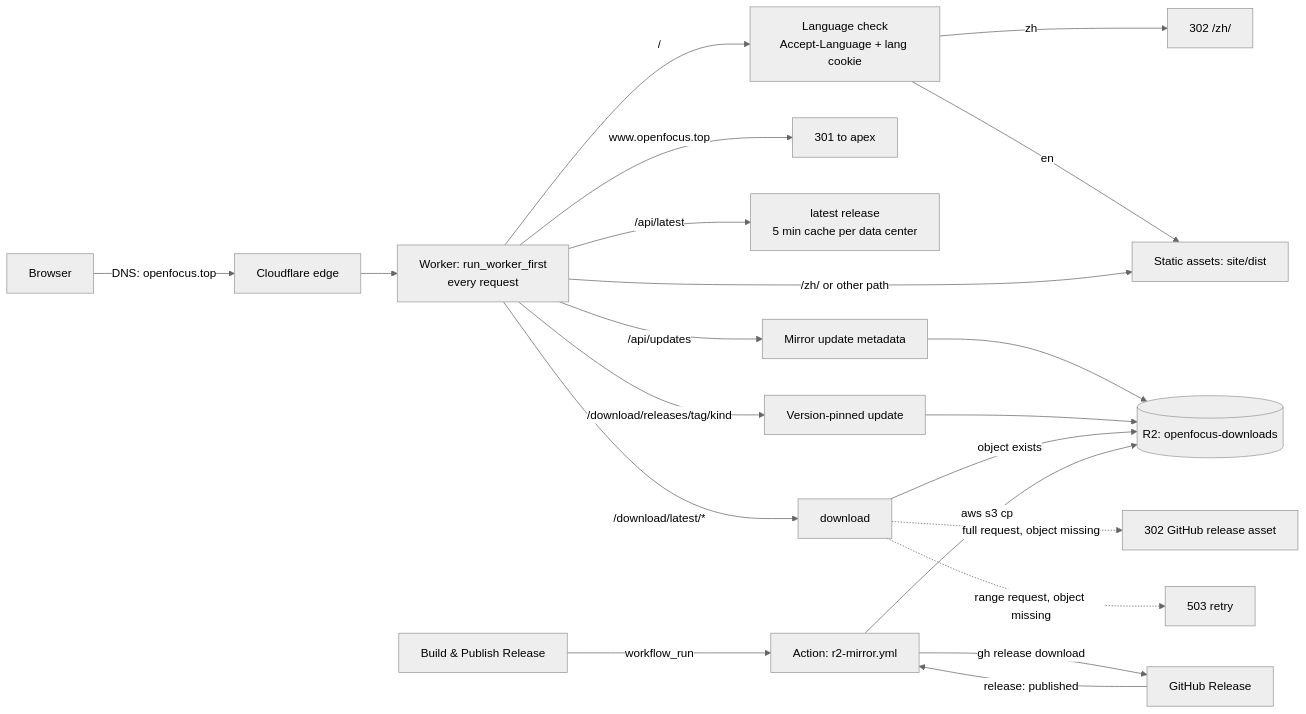
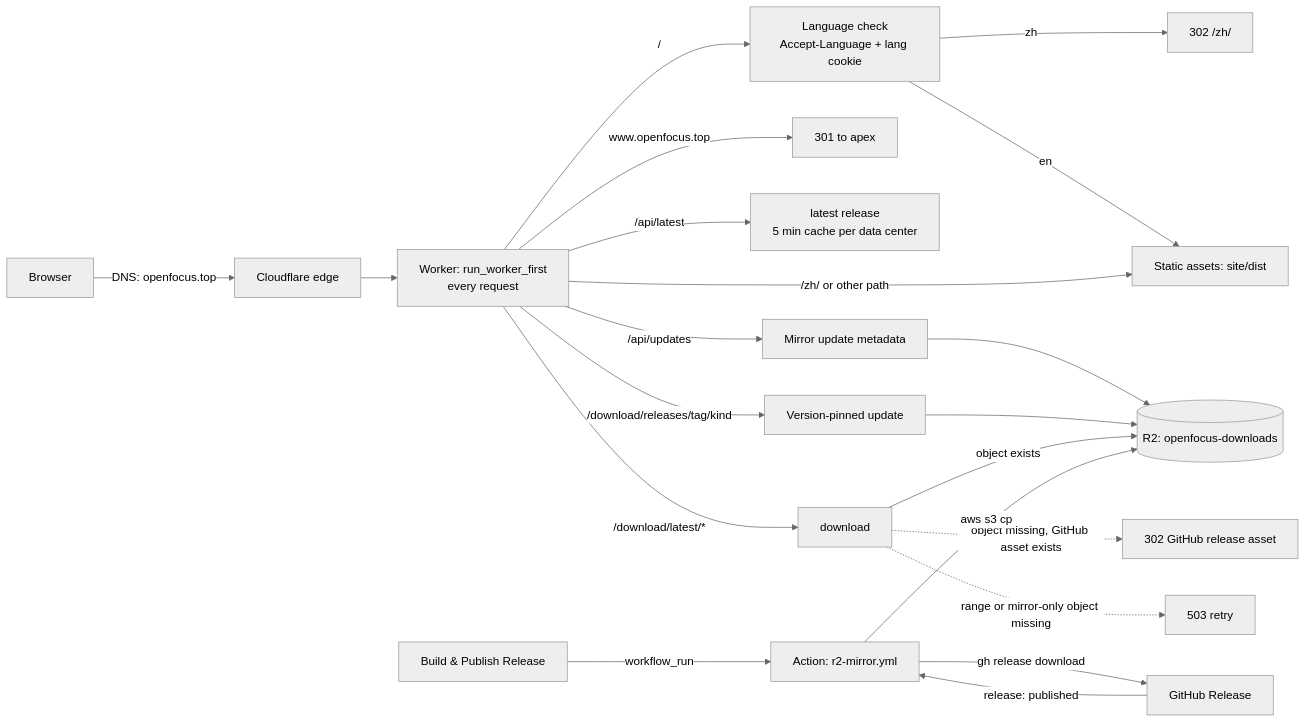
The diagram in docs/WEBSITE_OPERATIONS.md (Xinzhe99/OpenFocus), drawn with Mermaid (neutral theme) before and after one commit. The commit also changed other lines of this file and 116 other files, not shown here.

````diff
--- a/docs/WEBSITE_OPERATIONS.md
+++ b/docs/WEBSITE_OPERATIONS.md
@@ -52,23 +52,23 @@
 ```mermaid
 flowchart LR
   U[Browser] -->|DNS: openfocus.top| CF[Cloudflare edge]
   CF --> W[Worker: run_worker_first<br/>every request]
   W -->|"/"| L[Language check<br/>Accept-Language + lang cookie]
   L -->|zh| Z[302 /zh/]
   L -->|en| A[Static assets: site/dist]
   W -->|"/zh/" or other path| A
   W -->|"www.openfocus.top"| WWW[301 to apex]
   W -->|"/api/latest"| API[latest release<br/>5 min cache per data center]
   W -->|"/download/latest/*"| D[download]
   W -->|"/api/updates"| M[Mirror update metadata]
   M --> R
   W -->|"/download/releases/tag/kind"| V[Version-pinned update]
   V --> R
   D -->|object exists| R[(R2: openfocus-downloads)]
-  D -.->|"full request, object missing"| GH[302 GitHub release asset]
-  D -.->|"range request, object missing"| E[503 retry]
+  D -.->|"object missing, GitHub asset exists"| GH[302 GitHub release asset]
+  D -.->|"range or mirror-only object missing"| E[503 retry]
   RW["Build & Publish Release"] -->|workflow_run| ACT[Action: r2-mirror.yml]
   REL[GitHub Release] -->|release: published| ACT
   ACT -->|gh release download| REL
   ACT -->|aws s3 cp| R
 ```
````
